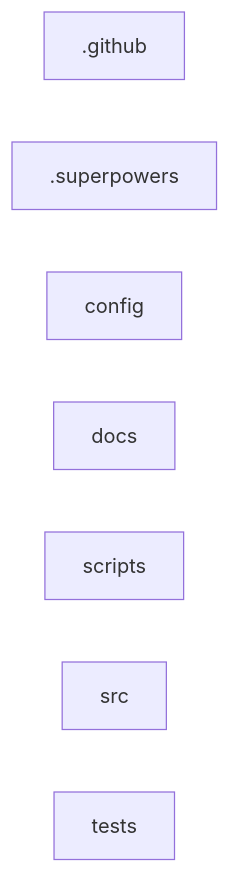
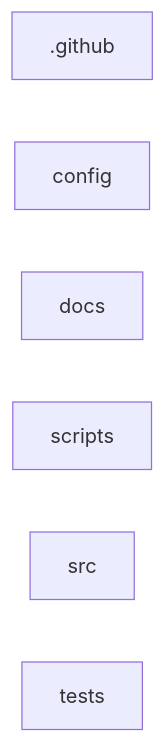
The diagram in docs/code-map/GUIDE.md (madjagstudios/S1Atlas), drawn with Mermaid before and after one commit. The commit also changed other lines of this file and 36 other files, not shown here.

````diff
--- a/docs/code-map/GUIDE.md
+++ b/docs/code-map/GUIDE.md
@@ -5,10 +5,9 @@
 ```mermaid
 graph LR
   -github[".github"]
-  -superpowers[".superpowers"]
   config["config"]
   docs["docs"]
   scripts["scripts"]
   src["src"]
   tests["tests"]
 ```
````
